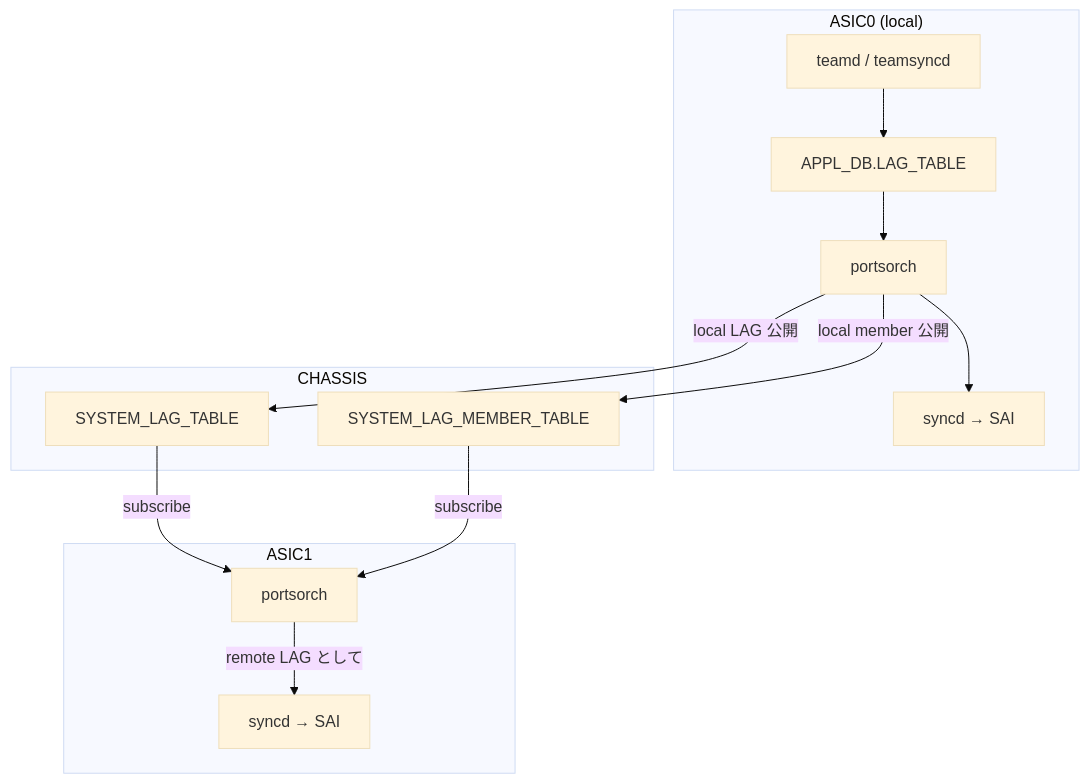
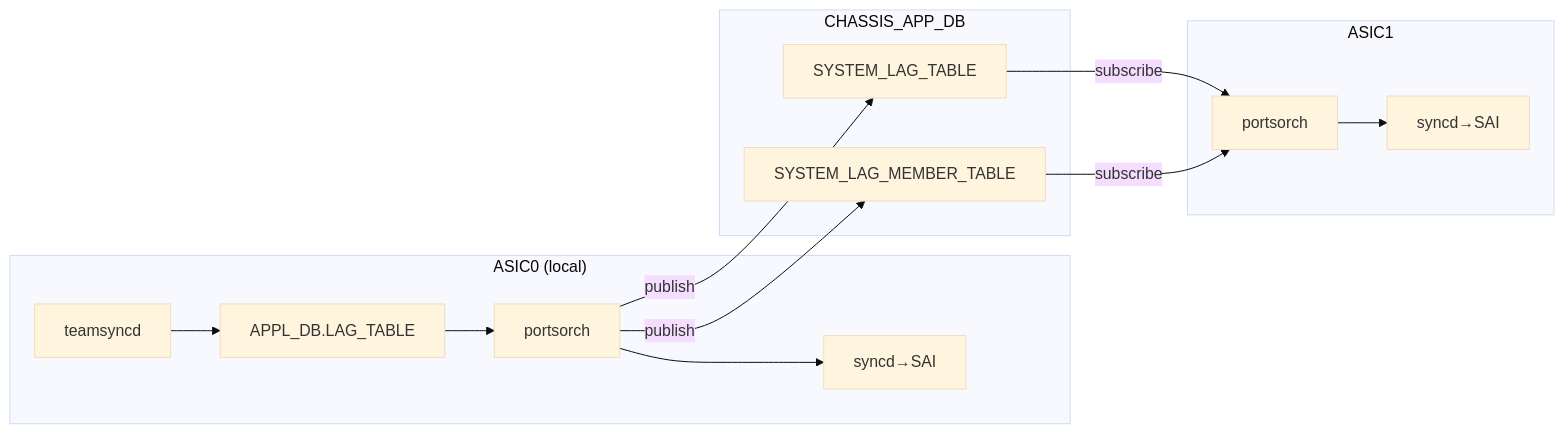
The first of 2 diagrams in docs/switching/lag-on-distributed-voq-system.md (aoki-taquan/sonic-unofficial-docs), drawn with Mermaid (base theme) before and after one commit. The commit also changed other lines of this file and 10 other files, not shown here.

````diff
--- a/docs/switching/lag-on-distributed-voq-system.md
+++ b/docs/switching/lag-on-distributed-voq-system.md
@@ -52,23 +48,17 @@
 ```mermaid
-graph TD
+graph LR
     subgraph "ASIC0 (local)"
-      T0[teamd / teamsyncd]
-      A0[APPL_DB.LAG_TABLE]
-      P0[portsorch]
-      S0[syncd → SAI]
+      T0[teamsyncd]-->A0[APPL_DB.LAG_TABLE]-->P0[portsorch]-->S0[syncd→SAI]
     end
     subgraph "ASIC1"
-      P1[portsorch]
-      S1[syncd → SAI]
+      P1[portsorch]-->S1[syncd→SAI]
     end
-    subgraph CHASSIS
+    subgraph CHASSIS_APP_DB
       ST[SYSTEM_LAG_TABLE]
       SMT[SYSTEM_LAG_MEMBER_TABLE]
     end
-    T0 --> A0 --> P0 --> S0
-    P0 -->|local LAG 公開| ST
-    P0 -->|local member 公開| SMT
-    ST -->|subscribe| P1
-    SMT -->|subscribe| P1
-    P1 -->|remote LAG として| S1
+    P0 -- publish --> ST
+    P0 -- publish --> SMT
+    ST -- subscribe --> P1
+    SMT -- subscribe --> P1
 ```
````
